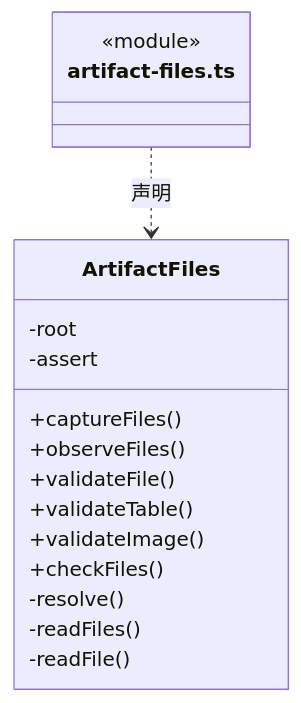
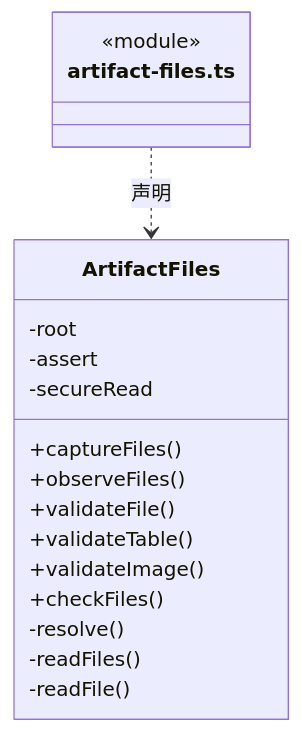
Before and after one commit to nan023062/cbim: the second of 30 diagrams in src/backend/main/platform/ARCHITECTURE.md, drawn with Mermaid. The commit also changed other lines of this file and 58 other files, not shown here.

````diff
--- a/src/backend/main/platform/ARCHITECTURE.md
+++ b/src/backend/main/platform/ARCHITECTURE.md
@@ -43,20 +44,21 @@
 ```mermaid
 classDiagram
 class N_src_backend_main_platform_artifact_files_ts["artifact-files.ts"] {
   <<module>>
 }
 class N_src_backend_main_platform_artifact_files_ts_ArtifactFiles["ArtifactFiles"] {
   +captureFiles()
   +observeFiles()
   +validateFile()
   +validateTable()
   +validateImage()
   +checkFiles()
   -root
   -assert
+  -secureRead
   -resolve()
   -readFiles()
   -readFile()
 }
 N_src_backend_main_platform_artifact_files_ts ..> N_src_backend_main_platform_artifact_files_ts_ArtifactFiles : 声明
 ```
````
